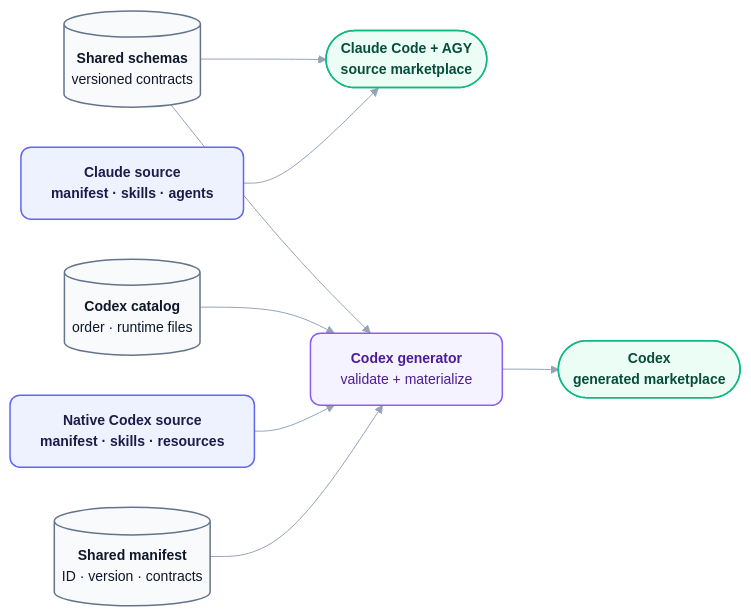
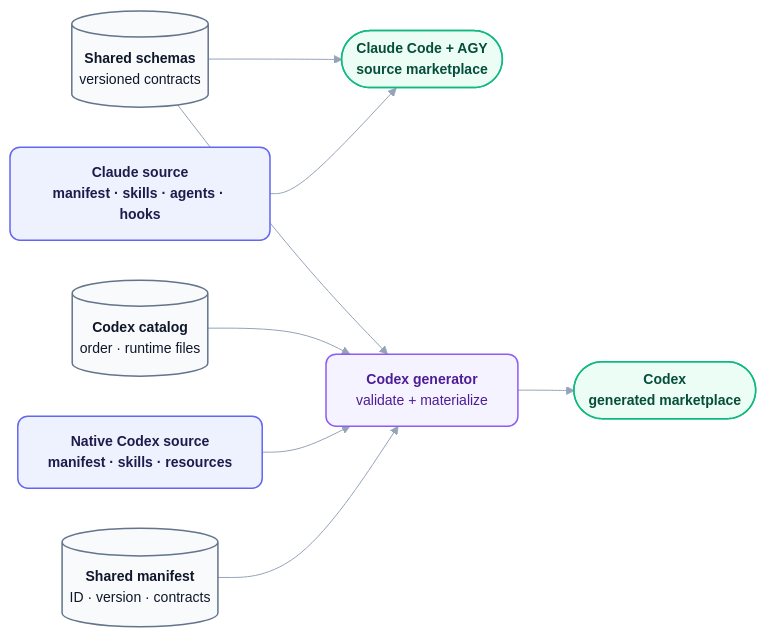
Before and after one commit to orin-dx/wisp-plugins: the seventh of 8 diagrams in ARCHITECTURE.md, drawn with Mermaid. The commit also changed other lines of this file and 43 other files, not shown here.

First line of the commit message:
docs: finish v5 docs, diagrams, plugin READMEs and mason for the v5 model

````diff
--- a/ARCHITECTURE.md
+++ b/ARCHITECTURE.md
@@ -237,21 +391,21 @@
 ```mermaid
 %%{init: {'theme': 'base', 'flowchart': {'curve': 'basis', 'nodeSpacing': 40, 'rankSpacing': 56}, 'themeVariables': {'fontFamily': 'Inter, ui-sans-serif, system-ui, sans-serif', 'fontSize': '14px', 'lineColor': '#94a3b8', 'edgeLabelBackground': '#ffffff'}}}%%
 flowchart LR
     classDef source fill:#eef2ff,stroke:#6366f1,stroke-width:1.5px,color:#1e1b4b,rx:10px,ry:10px,font-weight:600;
     classDef store fill:#f8fafc,stroke:#64748b,stroke-width:1.5px,color:#0f172a,rx:10px,ry:10px;
     classDef engine fill:#f5f3ff,stroke:#8b5cf6,stroke-width:1.5px,color:#4c1d95,rx:10px,ry:10px;
     classDef output fill:#ecfdf5,stroke:#10b981,stroke-width:1.5px,color:#064e3b,rx:10px,ry:10px,font-weight:600;
 
-    ClaudeSource["<b>Claude source</b><br/>manifest · skills · agents"] --> Claude(["Claude Code + AGY<br/>source marketplace"])
+    ClaudeSource["<b>Claude source</b><br/>manifest · skills · agents · hooks"] --> Claude(["Claude Code + AGY<br/>source marketplace"])
     SharedManifest[("<b>Shared manifest</b><br/>ID · version · contracts")] --> Build["<b>Codex generator</b><br/>validate + materialize"]
     CodexSource["<b>Native Codex source</b><br/>manifest · skills · resources"] --> Build
     Catalog[("<b>Codex catalog</b><br/>order · runtime files")] --> Build
     Schemas[("<b>Shared schemas</b><br/>versioned contracts")] --> Claude
     Schemas --> Build
     Build --> Codex(["Codex<br/>generated marketplace"])
 
     class ClaudeSource,CodexSource source
     class SharedManifest,Catalog,Schemas store
     class Build engine
     class Claude,Codex output
 ```
````
